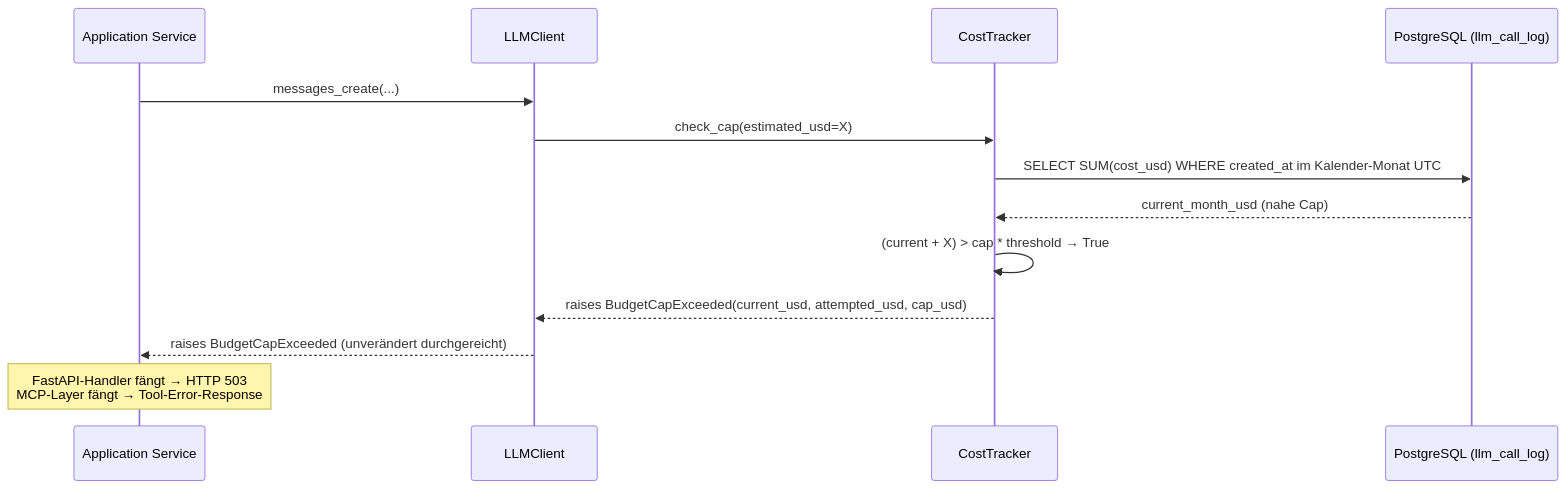
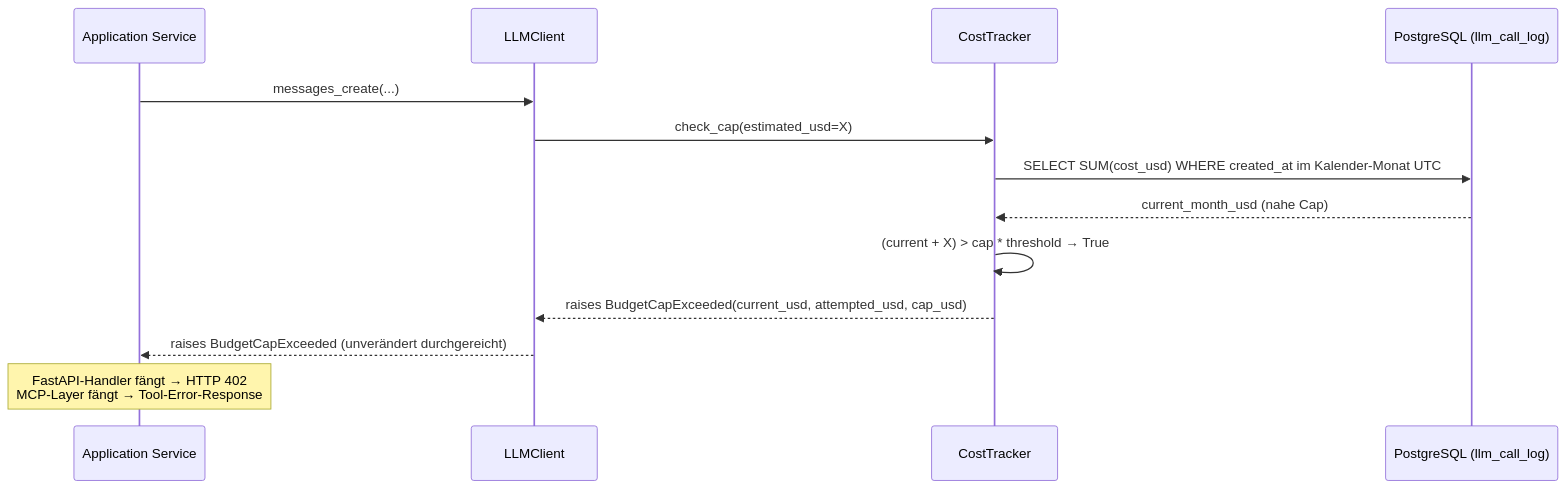
Before and after one commit to SheylaSam/prisma-capstone: the second of 2 diagrams in docs/specs/2026-04-25-budget-cap.md, drawn with Mermaid. The commit also changed other lines of this file and 16 other files, not shown here.

````diff
--- a/docs/specs/2026-04-25-budget-cap.md
+++ b/docs/specs/2026-04-25-budget-cap.md
@@ -83,16 +83,16 @@
 ```mermaid
 sequenceDiagram
     participant Caller as Application Service
     participant LC as LLMClient
     participant CT as CostTracker
     participant DB as PostgreSQL (llm_call_log)
 
     Caller->>LC: messages_create(...)
     LC->>CT: check_cap(estimated_usd=X)
     CT->>DB: SELECT SUM(cost_usd) WHERE created_at im Kalender-Monat UTC
     DB-->>CT: current_month_usd (nahe Cap)
     CT->>CT: (current + X) > cap * threshold → True
     CT-->>LC: raises BudgetCapExceeded(current_usd, attempted_usd, cap_usd)
     LC-->>Caller: raises BudgetCapExceeded (unverändert durchgereicht)
-    note over Caller: FastAPI-Handler fängt → HTTP 503<br/>MCP-Layer fängt → Tool-Error-Response
+    note over Caller: FastAPI-Handler fängt → HTTP 402<br/>MCP-Layer fängt → Tool-Error-Response
 ```
````
